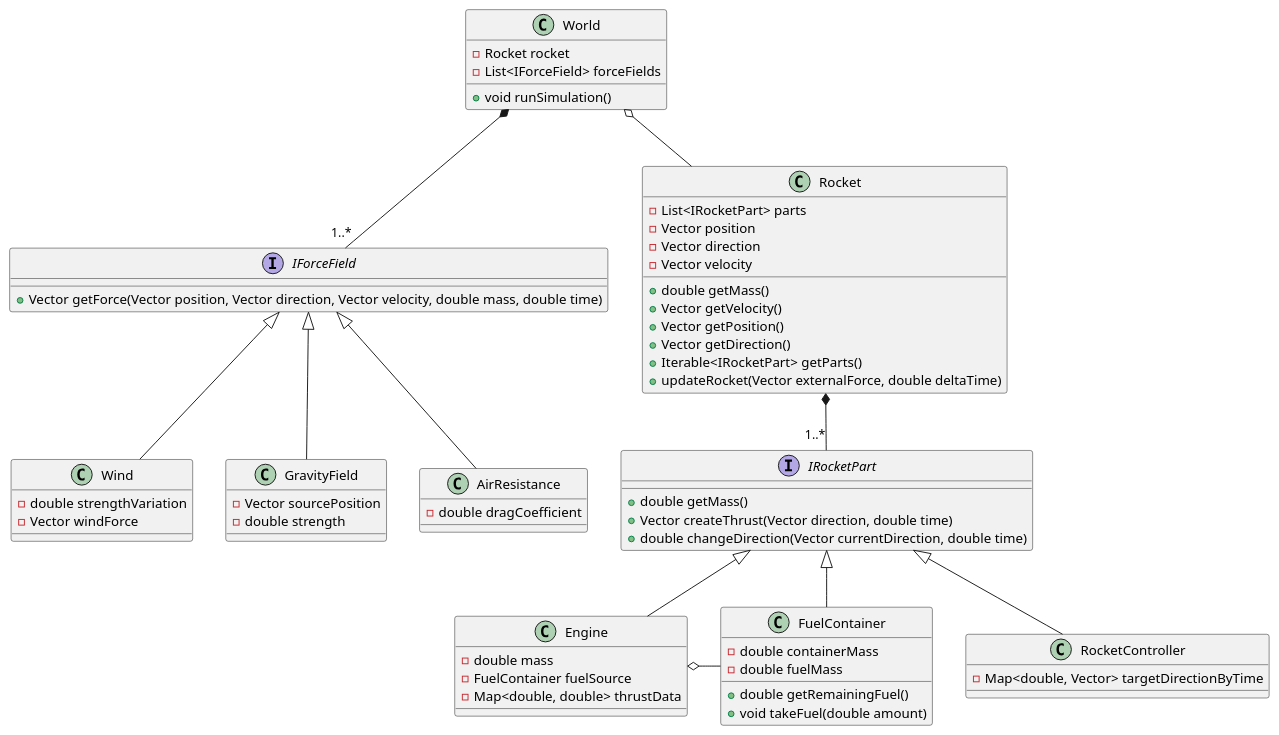
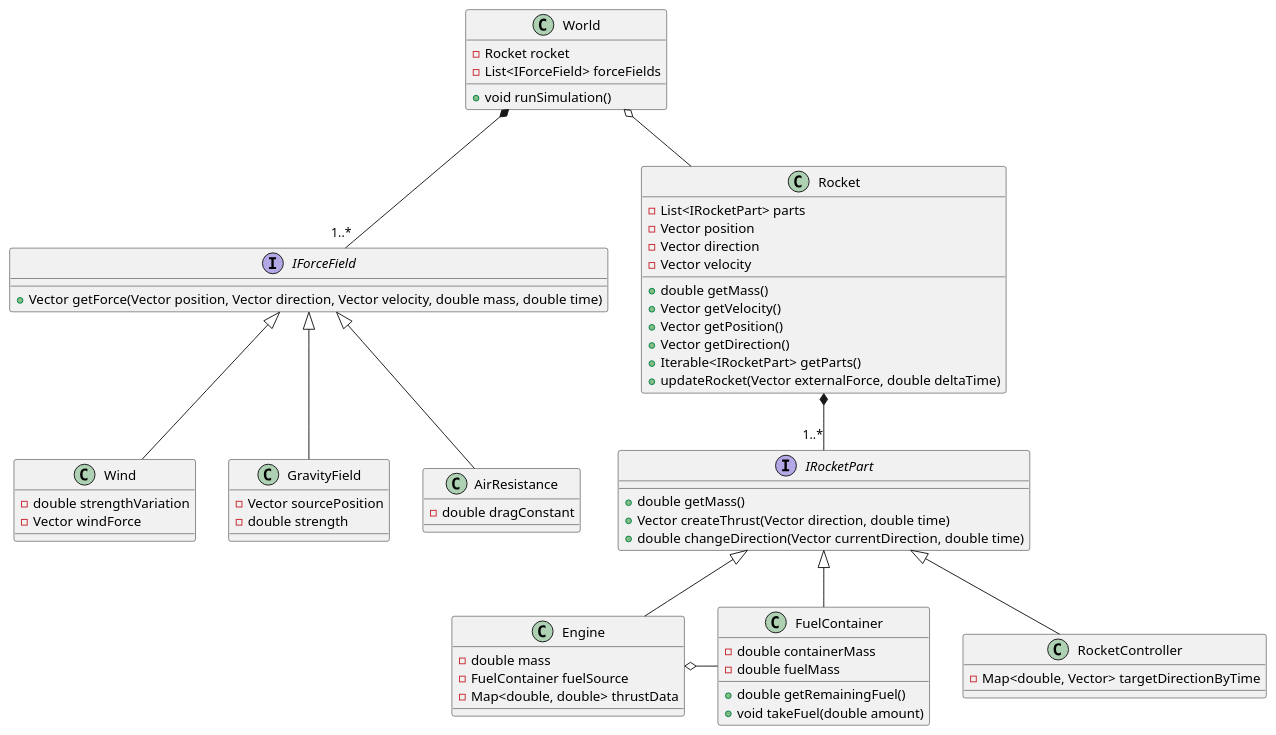
One commit to szyminson/oop-project changed the diagram in docs/uml.puml. Above: the diagram before and after it, drawn with PlantUML. The commit also changed 10 other files, not shown here.

```diff
--- a/docs/uml.puml
+++ b/docs/uml.puml
@@ -1,82 +1,82 @@
 @startuml
 
 interface IRocketPart {
   + double getMass()
   + Vector createThrust(Vector direction, double time)
   + double changeDirection(Vector currentDirection, double time)
 }
 
 interface IForceField {
   + Vector getForce(Vector position, Vector direction, Vector velocity, double mass, double time)
 }
 
 class Wind {
   - double strengthVariation
   - Vector windForce
 }
 
 class GravityField {
   - Vector sourcePosition
   - double strength
 }
 
 class AirResistance {
-  - double dragCoefficient
+  - double dragConstant
 }
 
 
 World o-- Rocket
 World *-- "1..*" IForceField
 
 Rocket *-- "1..*" IRocketPart
 
 IForceField <|-- Wind
 IForceField <|-- GravityField
 IForceField <|-- AirResistance
 
 IRocketPart <|-- FuelContainer
 IRocketPart <|-- Engine
 IRocketPart <|-- RocketController
 
 Engine o- FuelContainer
 
 class Engine {
   - double mass
   - FuelContainer fuelSource
   - Map<double, double> thrustData
 }
 
 class FuelContainer {
   - double containerMass
   - double fuelMass
 
   + double getRemainingFuel()
   + void takeFuel(double amount)
 }
 
 class RocketController {
   - Map<double, Vector> targetDirectionByTime
 }
 
 class World {
   - Rocket rocket
   - List<IForceField> forceFields
 
   + void runSimulation()
 }
 
 class Rocket {
   - List<IRocketPart> parts
   - Vector position
   - Vector direction
   - Vector velocity
 
   + double getMass()
   + Vector getVelocity()
   + Vector getPosition()
   + Vector getDirection()
   + Iterable<IRocketPart> getParts()
   + updateRocket(Vector externalForce, double deltaTime)
 }
 
 @enduml
```
